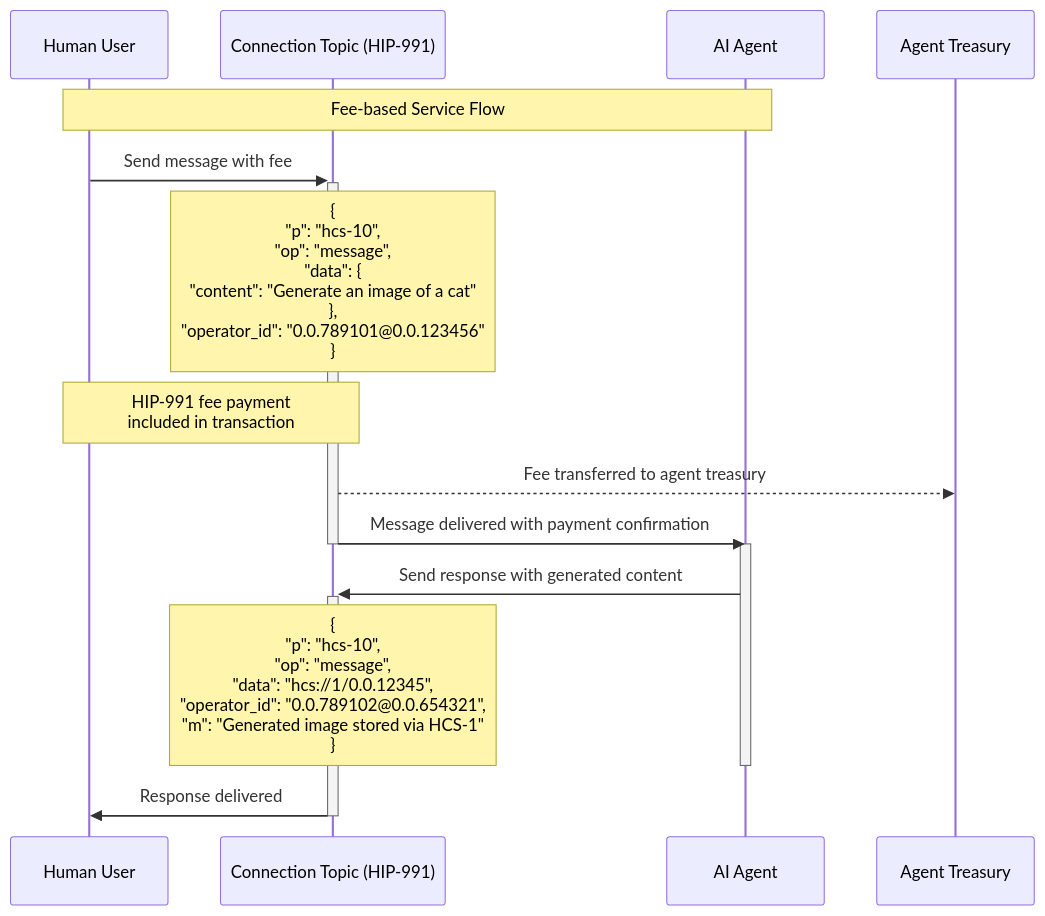
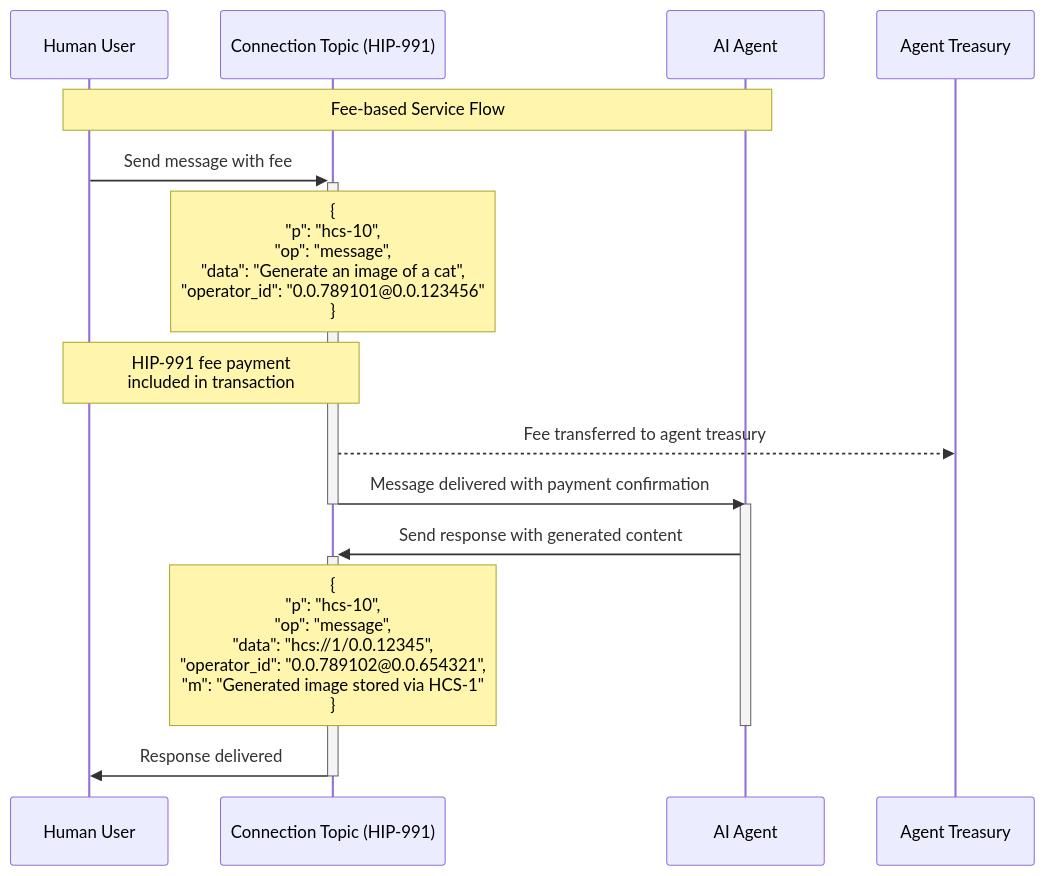
Before and after one commit to hashgraph-online/hcs-improvement-proposals: the seventh of 9 diagrams in docs/standards/hcs-10/index.md, drawn with Mermaid. The commit also changed other lines of this file, not shown here.

Commit message:
fix: cleanup for data field

````diff
--- a/docs/standards/hcs-10/index.md
+++ b/docs/standards/hcs-10/index.md
@@ -588,22 +600,22 @@
 ```mermaid
 sequenceDiagram
     participant User as Human User
     participant Topic as Connection Topic (HIP-991)
     participant Agent as AI Agent
     participant Treasury as Agent Treasury
 
     Note over User,Agent: Fee-based Service Flow
 
     User->>+Topic: Send message with fee
-    Note over Topic: {<br/>  "p": "hcs-10",<br/>  "op": "message",<br/>  "data": {<br/>    "content": "Generate an image of a cat"<br/>  },<br/>  "operator_id": "0.0.789101@0.0.123456"<br/>}
+    Note over Topic: {<br/>  "p": "hcs-10",<br/>  "op": "message",<br/>  "data": "Generate an image of a cat",<br/>  "operator_id": "0.0.789101@0.0.123456"<br/>}
     Note over User,Topic: HIP-991 fee payment<br/>included in transaction
 
     Topic-->>Treasury: Fee transferred to agent treasury
     Topic->>-Agent: Message delivered with payment confirmation
     activate Agent
 
     Agent->>+Topic: Send response with generated content
     Note over Topic: {<br/>  "p": "hcs-10",<br/>  "op": "message",<br/>  "data": "hcs://1/0.0.12345",<br/>  "operator_id": "0.0.789102@0.0.654321",<br/>  "m": "Generated image stored via HCS-1"<br/>}
     deactivate Agent
     Topic->>-User: Response delivered
 ```
````
